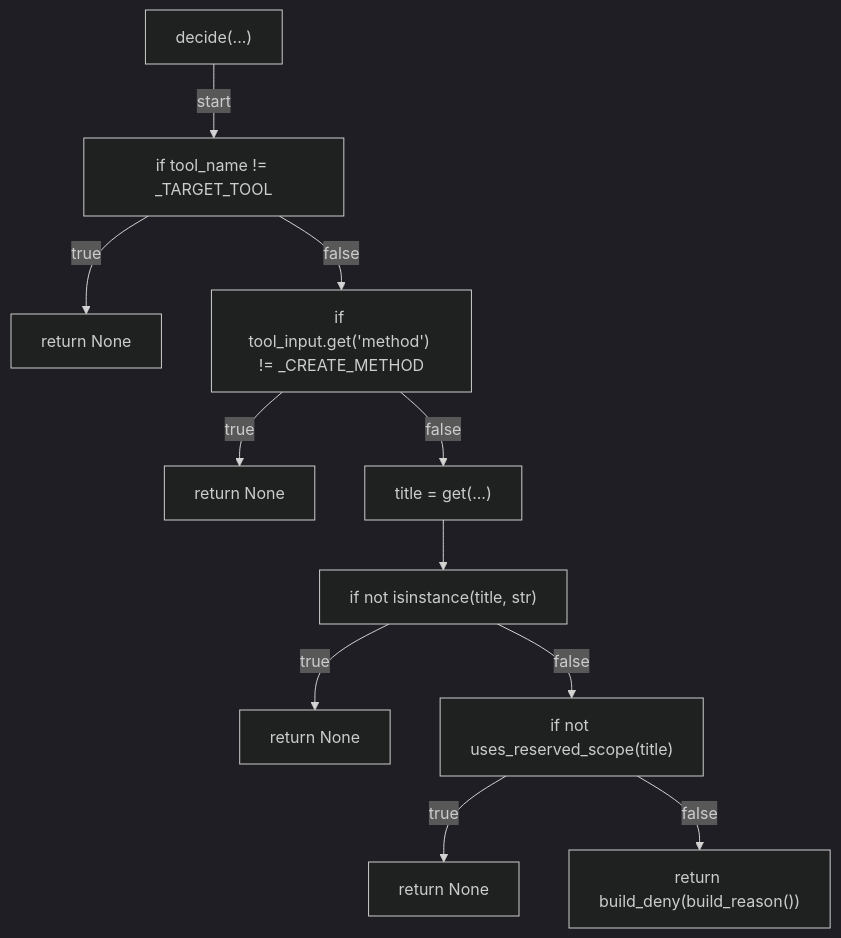
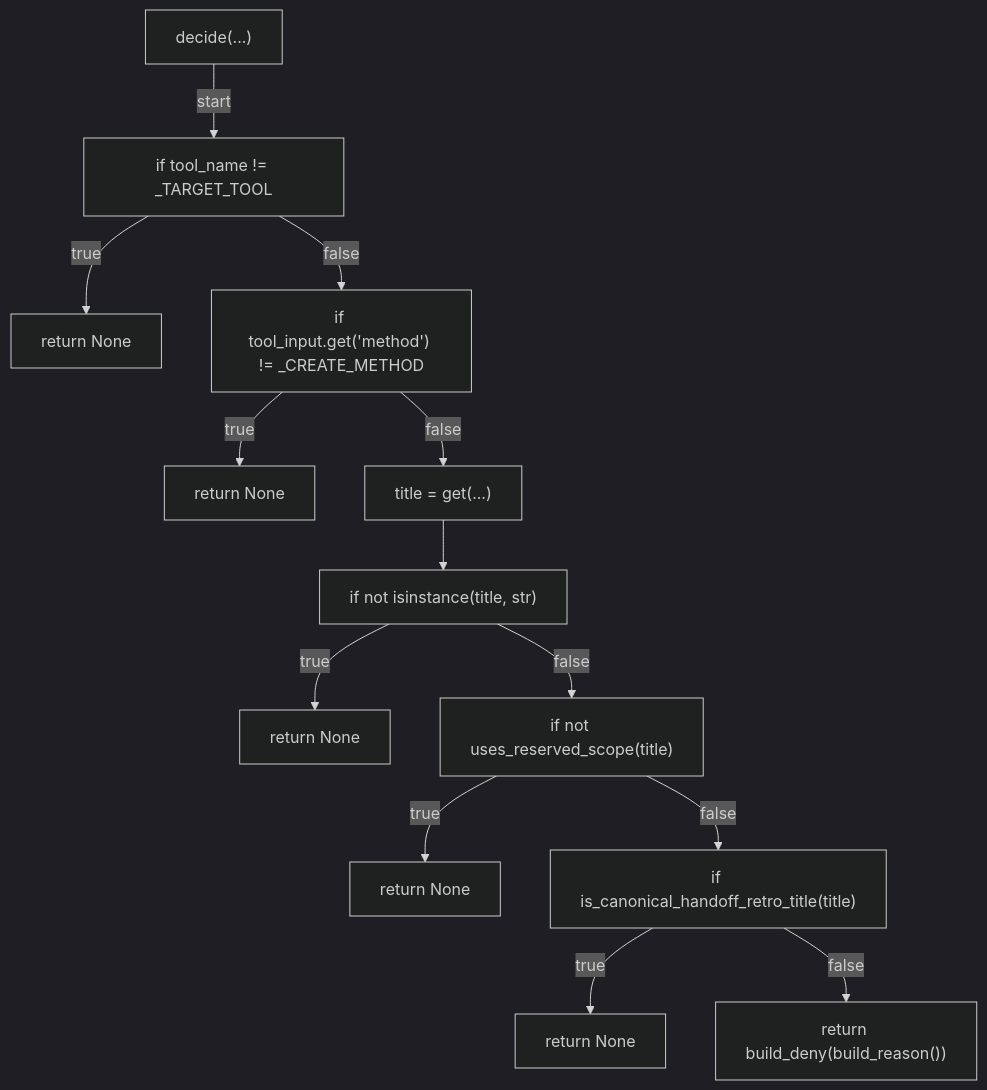
One commit to tvna/claude-md changed the third of 4 diagrams in docs/generated/scripts/ast/gate_reserved_retro_scope.md. Above: the diagram before and after it, drawn with Mermaid (dark theme). The commit also changed 2 other files, not shown here.

Commit message:
docs(generated): regenerate decision tree and workflow diagrams
Refs #960

````diff
--- a/docs/generated/scripts/ast/gate_reserved_retro_scope.md
+++ b/docs/generated/scripts/ast/gate_reserved_retro_scope.md
@@ -25,24 +25,28 @@
 ```mermaid
 flowchart TD
     N001["decide(...)"]
     N002["if tool_name != _TARGET_TOOL"]
     N003["return None"]
     N004["if tool_input.get('method') != _CREATE_METHOD"]
     N005["return None"]
     N006["title = get(...)"]
     N007["if not isinstance(title, str)"]
     N008["return None"]
     N009["if not uses_reserved_scope(title)"]
     N010["return None"]
-    N011["return build_deny(build_reason())"]
+    N011["if is_canonical_handoff_retro_title(title)"]
+    N012["return None"]
+    N013["return build_deny(build_reason())"]
     N001 -->|"start"| N002
     N002 -->|"true"| N003
     N002 -->|"false"| N004
     N004 -->|"true"| N005
     N004 -->|"false"| N006
     N006 --> N007
     N007 -->|"true"| N008
     N007 -->|"false"| N009
     N009 -->|"true"| N010
     N009 -->|"false"| N011
+    N011 -->|"true"| N012
+    N011 -->|"false"| N013
 ```
````
